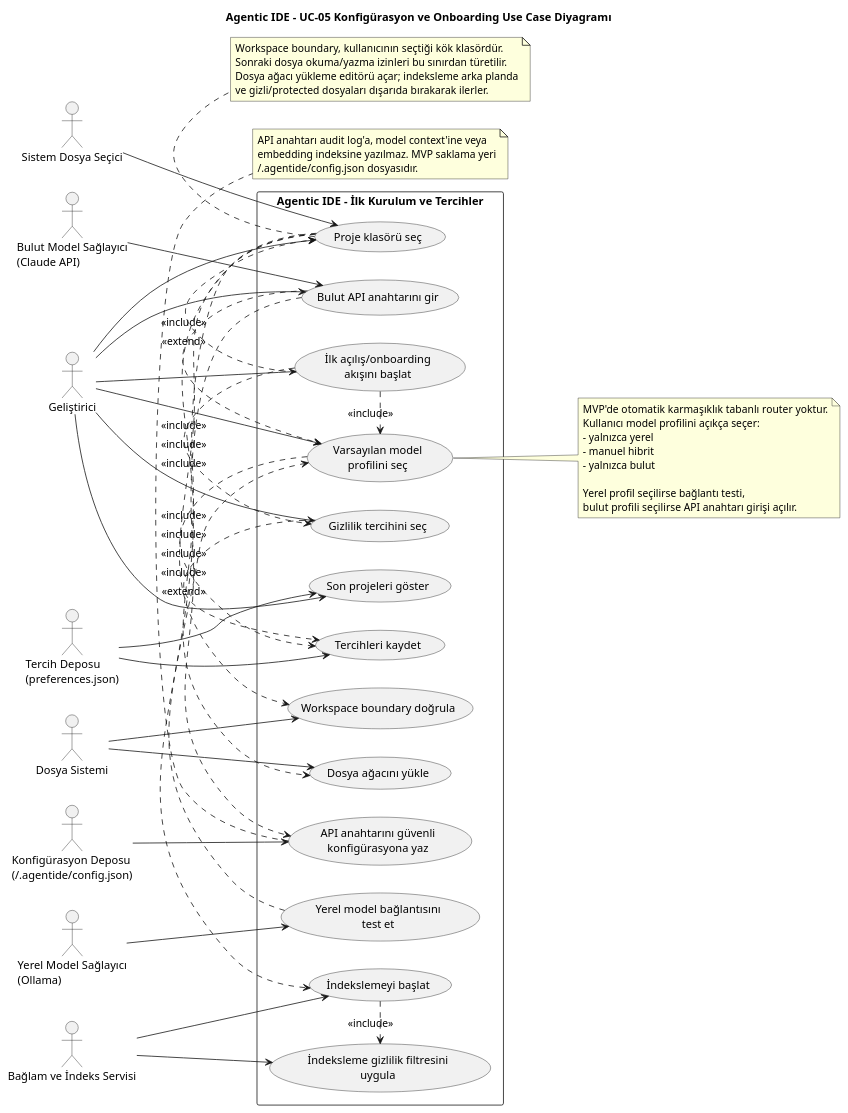
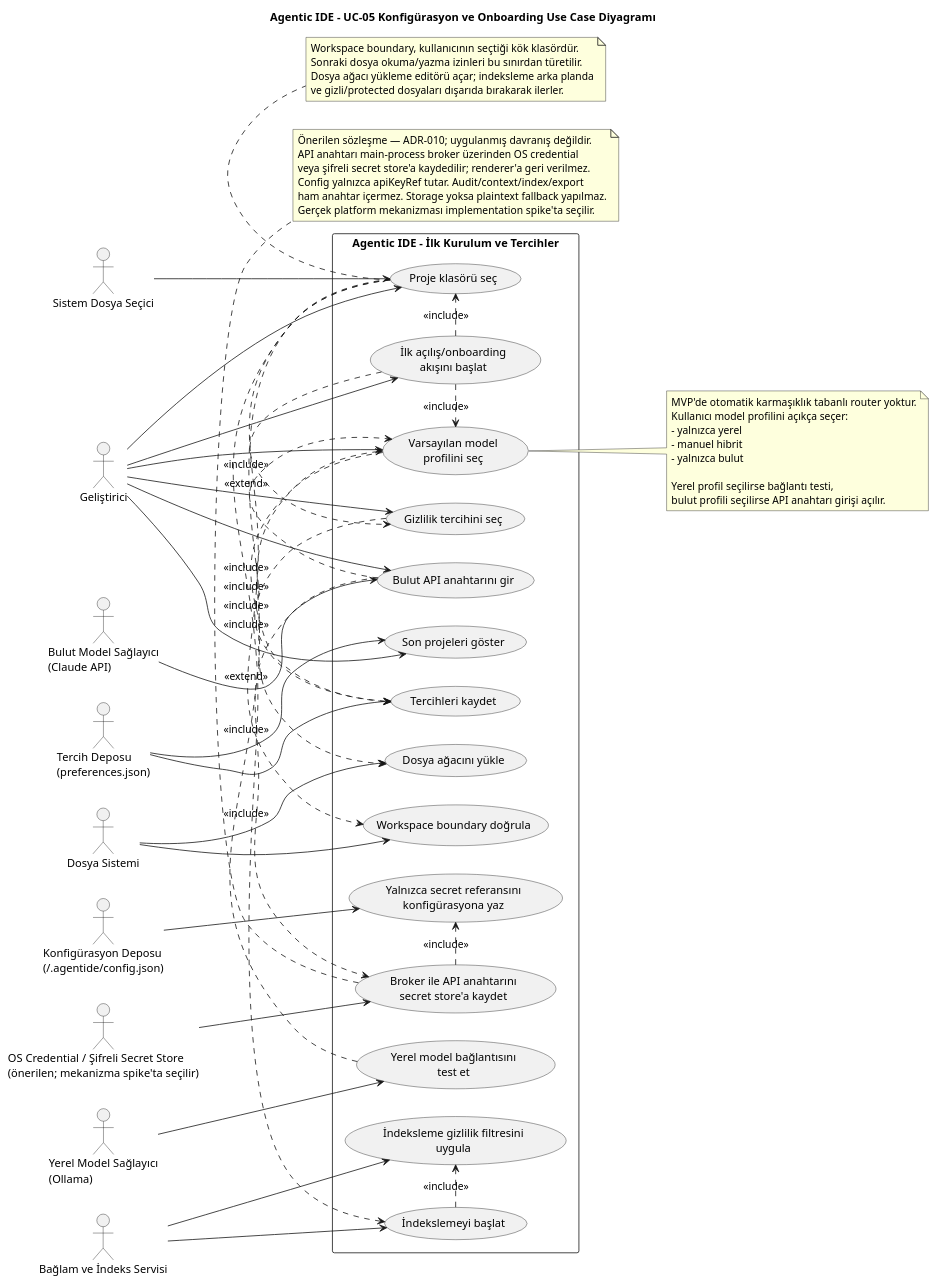
Before and after one commit to TurkishKEBAB/Agentic-Ide: the diagram in diagrams/UC/UC-05-konfigurasyon-ve-onboarding.puml, drawn with PlantUML. The commit also changed 40 other files, not shown here.

```diff
--- a/diagrams/UC/UC-05-konfigurasyon-ve-onboarding.puml
+++ b/diagrams/UC/UC-05-konfigurasyon-ve-onboarding.puml
@@ -1,87 +1,94 @@
 @startuml UC_05_konfigurasyon_ve_onboarding
 title Agentic IDE - UC-05 Konfigürasyon ve Onboarding Use Case Diyagramı
 left to right direction
 skinparam packageStyle rectangle
 skinparam shadowing false
 
 actor "Geliştirici" as Developer
 actor "Sistem Dosya Seçici" as FilePicker
 actor "Dosya Sistemi" as FileSystem
 actor "Tercih Deposu\n(preferences.json)" as PreferenceStore
 actor "Konfigürasyon Deposu\n(~/.agentide/config.json)" as ConfigStore
+actor "OS Credential / Şifreli Secret Store\n(önerilen; mekanizma spike'ta seçilir)" as SecretStore
 actor "Yerel Model Sağlayıcı\n(Ollama)" as LocalModel
 actor "Bulut Model Sağlayıcı\n(Claude API)" as CloudModel
 actor "Bağlam ve İndeks Servisi" as ContextService
 
 rectangle "Agentic IDE - İlk Kurulum ve Tercihler" {
   usecase "İlk açılış/onboarding\nakışını başlat" as UC_StartOnboarding
   usecase "Proje klasörü seç" as UC_SelectWorkspace
   usecase "Workspace boundary doğrula" as UC_ValidateWorkspace
   usecase "Dosya ağacını yükle" as UC_LoadFileTree
   usecase "İndekslemeyi başlat" as UC_StartIndexing
   usecase "İndeksleme gizlilik filtresini\nuygula" as UC_ApplyPrivacyFilter
   usecase "Varsayılan model\nprofilini seç" as UC_SelectModelProfile
   usecase "Yerel model bağlantısını\ntest et" as UC_TestLocalModel
   usecase "Bulut API anahtarını gir" as UC_EnterCloudKey
-  usecase "API anahtarını güvenli\nkonfigürasyona yaz" as UC_StoreCloudKey
+  usecase "Broker ile API anahtarını\nsecret store'a kaydet" as UC_StoreCloudKey
+  usecase "Yalnızca secret referansını\nkonfigürasyona yaz" as UC_StoreKeyReference
   usecase "Gizlilik tercihini seç" as UC_SelectPrivacyMode
   usecase "Tercihleri kaydet" as UC_SavePreferences
   usecase "Son projeleri göster" as UC_ShowRecentProjects
 }
 
 Developer --> UC_StartOnboarding
 Developer --> UC_SelectWorkspace
 Developer --> UC_SelectModelProfile
 Developer --> UC_EnterCloudKey
 Developer --> UC_SelectPrivacyMode
 Developer --> UC_ShowRecentProjects
 
 UC_StartOnboarding .> UC_SelectWorkspace : <<include>>
 UC_SelectWorkspace .> UC_ValidateWorkspace : <<include>>
 UC_SelectWorkspace .> UC_LoadFileTree : <<include>>
 UC_SelectWorkspace .> UC_StartIndexing : <<include>>
 UC_StartIndexing .> UC_ApplyPrivacyFilter : <<include>>
 UC_StartOnboarding .> UC_SelectModelProfile : <<include>>
 UC_StartOnboarding .> UC_SelectPrivacyMode : <<include>>
 UC_TestLocalModel .> UC_SelectModelProfile : <<extend>>
 UC_EnterCloudKey .> UC_SelectModelProfile : <<extend>>
 UC_EnterCloudKey .> UC_StoreCloudKey : <<include>>
+UC_StoreCloudKey .> UC_StoreKeyReference : <<include>>
 UC_SelectPrivacyMode .> UC_SavePreferences : <<include>>
 UC_SelectModelProfile .> UC_SavePreferences : <<include>>
 
 FilePicker --> UC_SelectWorkspace
 FileSystem --> UC_ValidateWorkspace
 FileSystem --> UC_LoadFileTree
 ContextService --> UC_StartIndexing
 ContextService --> UC_ApplyPrivacyFilter
 LocalModel --> UC_TestLocalModel
 CloudModel --> UC_EnterCloudKey
 PreferenceStore --> UC_SavePreferences
 PreferenceStore --> UC_ShowRecentProjects
-ConfigStore --> UC_StoreCloudKey
+SecretStore --> UC_StoreCloudKey
+ConfigStore --> UC_StoreKeyReference
 
 note right of UC_SelectModelProfile
 MVP'de otomatik karmaşıklık tabanlı router yoktur.
 Kullanıcı model profilini açıkça seçer:
 - yalnızca yerel
 - manuel hibrit
 - yalnızca bulut
 
 Yerel profil seçilirse bağlantı testi,
 bulut profili seçilirse API anahtarı girişi açılır.
 end note
 
 note bottom of UC_StoreCloudKey
-API anahtarı audit log'a, model context'ine veya
-embedding indeksine yazılmaz. MVP saklama yeri
-~/.agentide/config.json dosyasıdır.
+Önerilen sözleşme — ADR-010; uygulanmış davranış değildir.
+API anahtarı main-process broker üzerinden OS credential
+veya şifreli secret store'a kaydedilir; renderer'a geri verilmez.
+Config yalnızca apiKeyRef tutar. Audit/context/index/export
+ham anahtar içermez. Storage yoksa plaintext fallback yapılmaz.
+Gerçek platform mekanizması implementation spike'ta seçilir.
 end note
 
 note bottom of UC_SelectWorkspace
 Workspace boundary, kullanıcının seçtiği kök klasördür.
 Sonraki dosya okuma/yazma izinleri bu sınırdan türetilir.
 Dosya ağacı yükleme editörü açar; indeksleme arka planda
 ve gizli/protected dosyaları dışarıda bırakarak ilerler.
 end note
 
 @enduml
```
